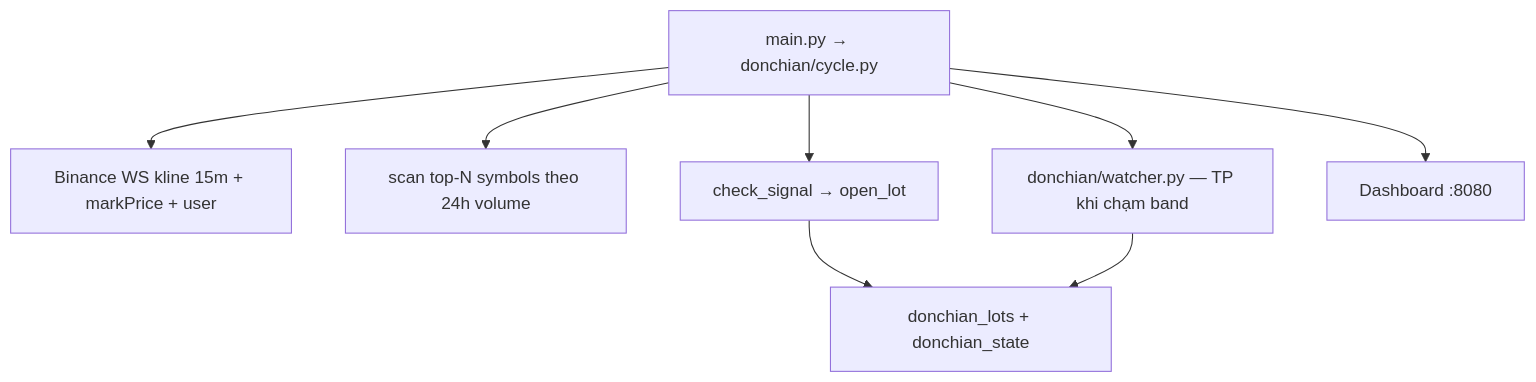
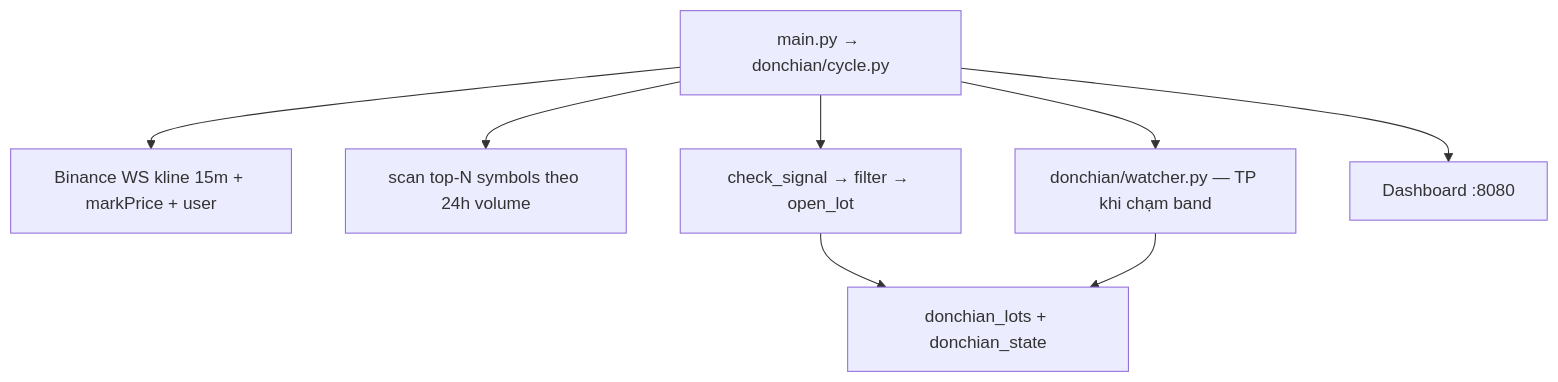
The first of 3 diagrams in docs/BOT_LOGIC.md (vnbees/ema-follow), drawn with Mermaid before and after one commit. The commit also changed other lines of this file and 26 other files, not shown here.

````diff
--- a/docs/BOT_LOGIC.md
+++ b/docs/BOT_LOGIC.md
@@ -20,11 +22,11 @@
 ```mermaid
 flowchart TB
     main["main.py → donchian/cycle.py"]
     main --> ws["Binance WS kline 15m + markPrice + user"]
     main --> scan["scan top-N symbols theo 24h volume"]
-    main --> entry["check_signal → open_lot"]
+    main --> entry["check_signal → filter → open_lot"]
     main --> watcher["donchian/watcher.py — TP khi chạm band"]
     entry --> db["donchian_lots + donchian_state"]
     main --> web["Dashboard :8080"]
     watcher --> db
 ```
````
